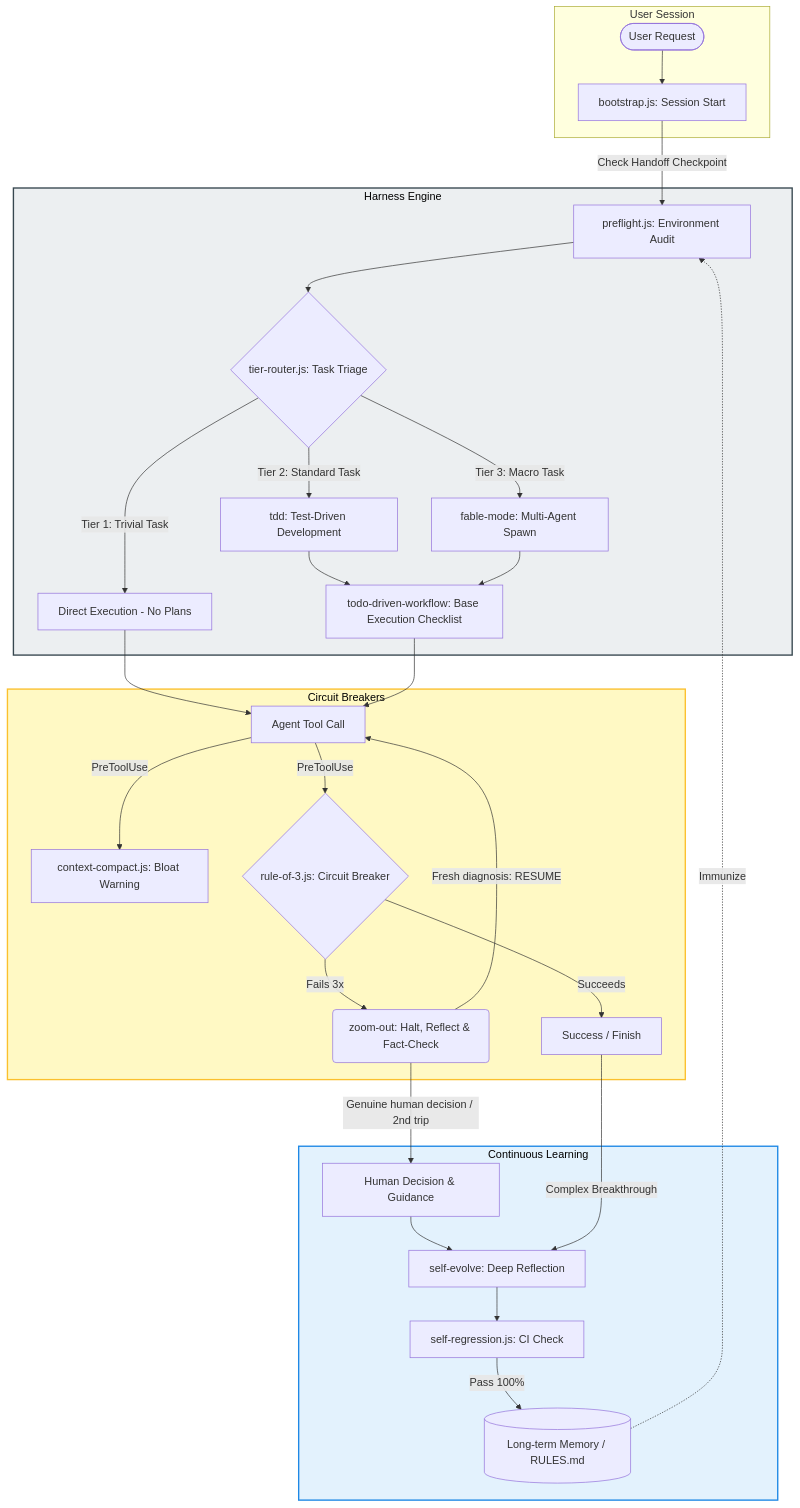
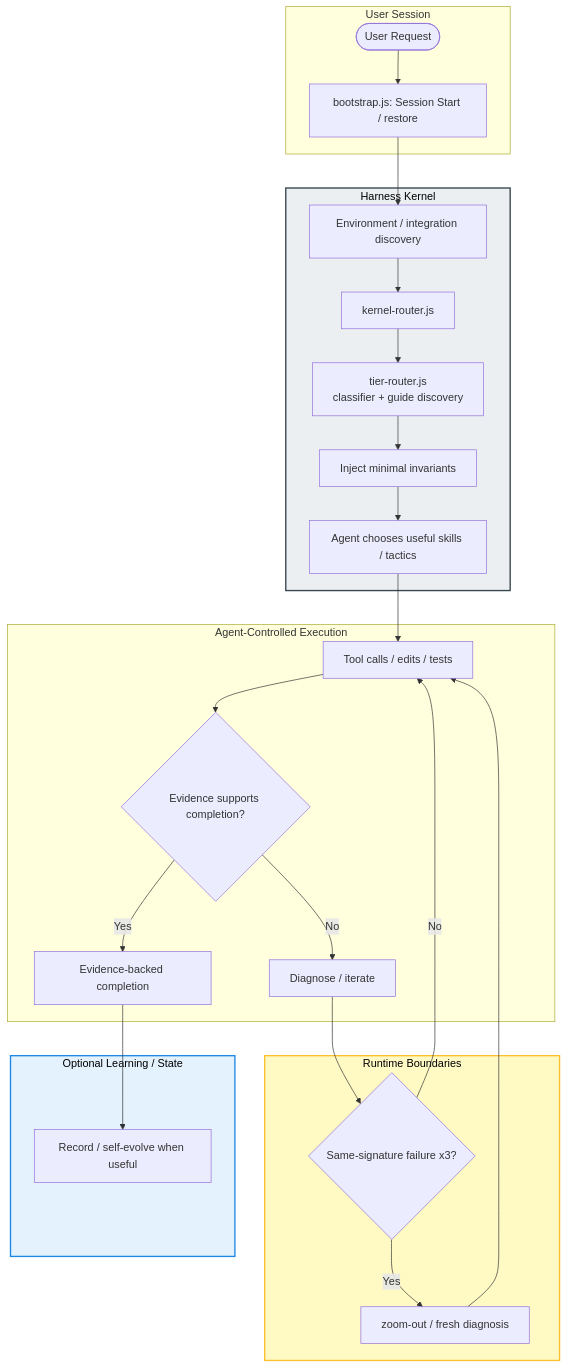
Before and after one commit to dyphn1/Harness-everything: the first of 2 diagrams in docs/architecture.md, drawn with Mermaid. The commit also changed other lines of this file and 16 other files, not shown here.

First line of the commit message:
refactor(router): enforce invariants, not workflow order

````diff
--- a/docs/architecture.md
+++ b/docs/architecture.md
@@ -15,39 +22,36 @@
 ```mermaid
 flowchart TD
     subgraph User_Session [User Session]
-        U([User Request]) --> Boot[bootstrap.js: Session Start]
+        U([User Request]) --> Boot[bootstrap.js: Session Start / restore]
     end
 
-    subgraph OS_Kernel [Harness Engine]
-        Boot -->|Check Handoff Checkpoint| Preflight[preflight.js: Environment Audit]
-        Preflight --> Router{tier-router.js: Task Triage}
-        
-        Router -->|Tier 1: Trivial Task| T1[Direct Execution - No Plans]
-        Router -->|Tier 2: Standard Task| T2[tdd: Test-Driven Development]
-        Router -->|Tier 3: Macro Task| T3[fable-mode: Multi-Agent Spawn]
-        T2 & T3 --> TDW[todo-driven-workflow: Base Execution Checklist]
+    subgraph Kernel [Harness Kernel]
+        Boot --> Preflight[Environment / integration discovery]
+        Preflight --> KR[kernel-router.js]
+        KR --> TR[tier-router.js<br/>classifier + guide discovery]
+        TR --> Inv[Inject minimal invariants]
+        Inv --> Choice[Agent chooses useful skills / tactics]
     end
 
-    subgraph Defense_Safety [Circuit Breakers]
-        T1 & TDW --> Tools[Agent Tool Call]
-        Tools -->|PreToolUse| CG[context-compact.js: Bloat Warning]
-        Tools -->|PreToolUse| CB{rule-of-3.js: Circuit Breaker}
-        
-        CB -->|Fails 3x| ZO(zoom-out: Halt, Reflect & Fact-Check)
-        ZO -->|Fresh diagnosis: RESUME| Tools
-        CB -->|Succeeds| Done[Success / Finish]
+    subgraph Execution [Agent-Controlled Execution]
+        Choice --> Tools[Tool calls / edits / tests]
+        Tools --> Evidence{Evidence supports completion?}
+        Evidence -- Yes --> Done[Evidence-backed completion]
+        Evidence -- No --> Retry[Diagnose / iterate]
     end
 
-    subgraph Continuous_Learning [Continuous Learning]
-        ZO -->|Genuine human decision / 2nd trip| Human[Human Decision & Guidance]
-        Human --> SE[self-evolve: Deep Reflection]
-        Done -->|Complex Breakthrough| SE
-        SE --> RunSR[self-regression.js: CI Check]
-        RunSR -->|Pass 100%| Mem[(Long-term Memory / RULES.md)]
-        Mem -.->|Immunize| Preflight
+    subgraph Defense [Runtime Boundaries]
+        Retry --> CB{Same-signature failure x3?}
+        CB -- No --> Tools
+        CB -- Yes --> ZO[zoom-out / fresh diagnosis]
+        ZO --> Tools
     end
 
-    style OS_Kernel fill:#eceff1,stroke:#37474f,stroke-width:2px,color:#000000
-    style Defense_Safety fill:#fff9c4,stroke:#fbc02d,stroke-width:2px,color:#000000
-    style Continuous_Learning fill:#e3f2fd,stroke:#1e88e5,stroke-width:2px,color:#000000
+    subgraph Learning [Optional Learning / State]
+        Done --> Record[Record / self-evolve when useful]
+    end
+
+    style Kernel fill:#eceff1,stroke:#37474f,stroke-width:2px,color:#000000
+    style Defense fill:#fff9c4,stroke:#fbc02d,stroke-width:2px,color:#000000
+    style Learning fill:#e3f2fd,stroke:#1e88e5,stroke-width:2px,color:#000000
 ```
````
